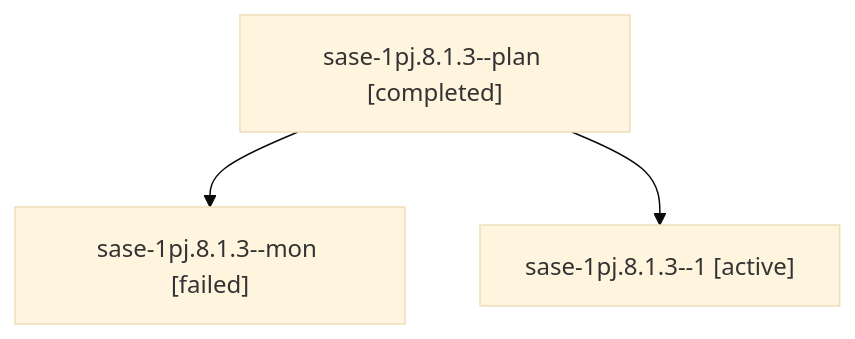
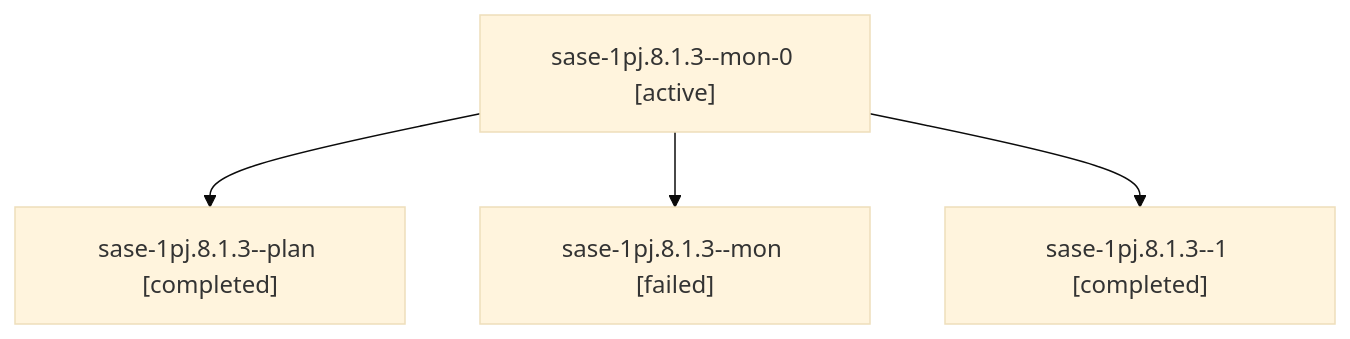
The diagram in sessions/bbugyi200.athena.sase-1pj.8.1.3.md (sase-org/sase--agents), drawn with Mermaid (base theme) before and after one commit. The commit also changed other lines of this file and 197 other files, not shown here.

````diff
--- a/sessions/bbugyi200.athena.sase-1pj.8.1.3.md
+++ b/sessions/bbugyi200.athena.sase-1pj.8.1.3.md
@@ -9,8 +9,10 @@
 ```mermaid
 flowchart TD
-  n0["sase-1pj.8.1.3--plan [completed]"]
-  n1["sase-1pj.8.1.3--mon [failed]"]
+  n0["sase-1pj.8.1.3--mon-0 [active]"]
+  n1["sase-1pj.8.1.3--plan [completed]"]
   n0 --> n1
-  n2["sase-1pj.8.1.3--1 [active]"]
+  n2["sase-1pj.8.1.3--mon [failed]"]
   n0 --> n2
+  n3["sase-1pj.8.1.3--1 [completed]"]
+  n0 --> n3
 ```
````
